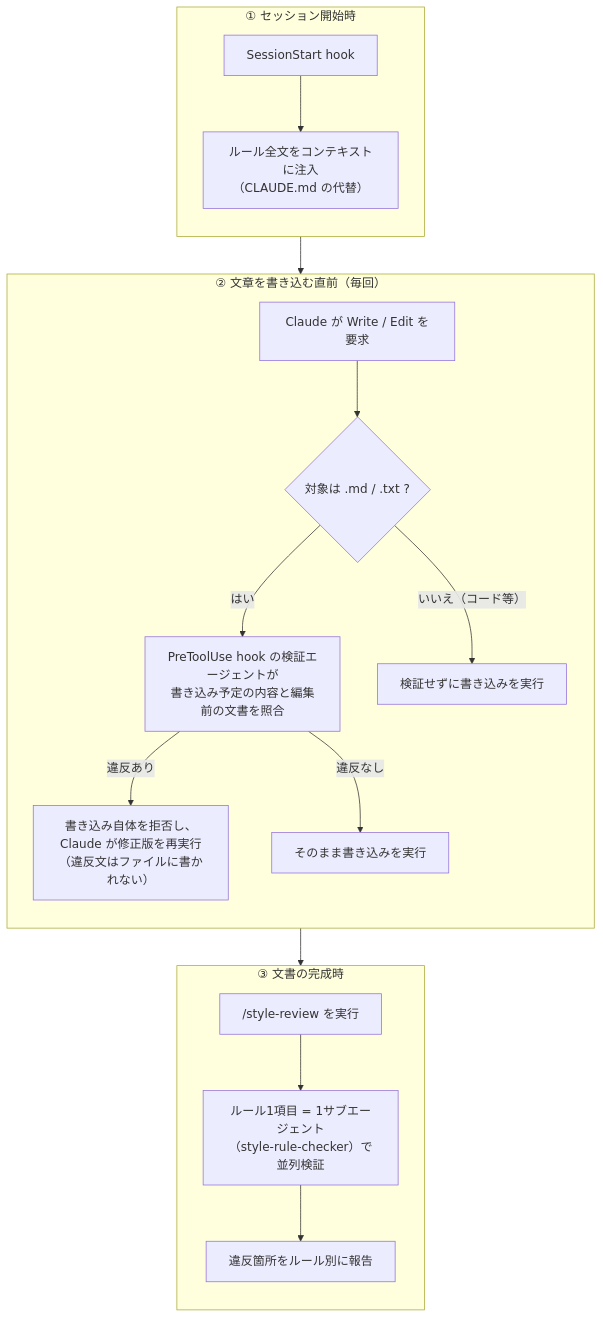
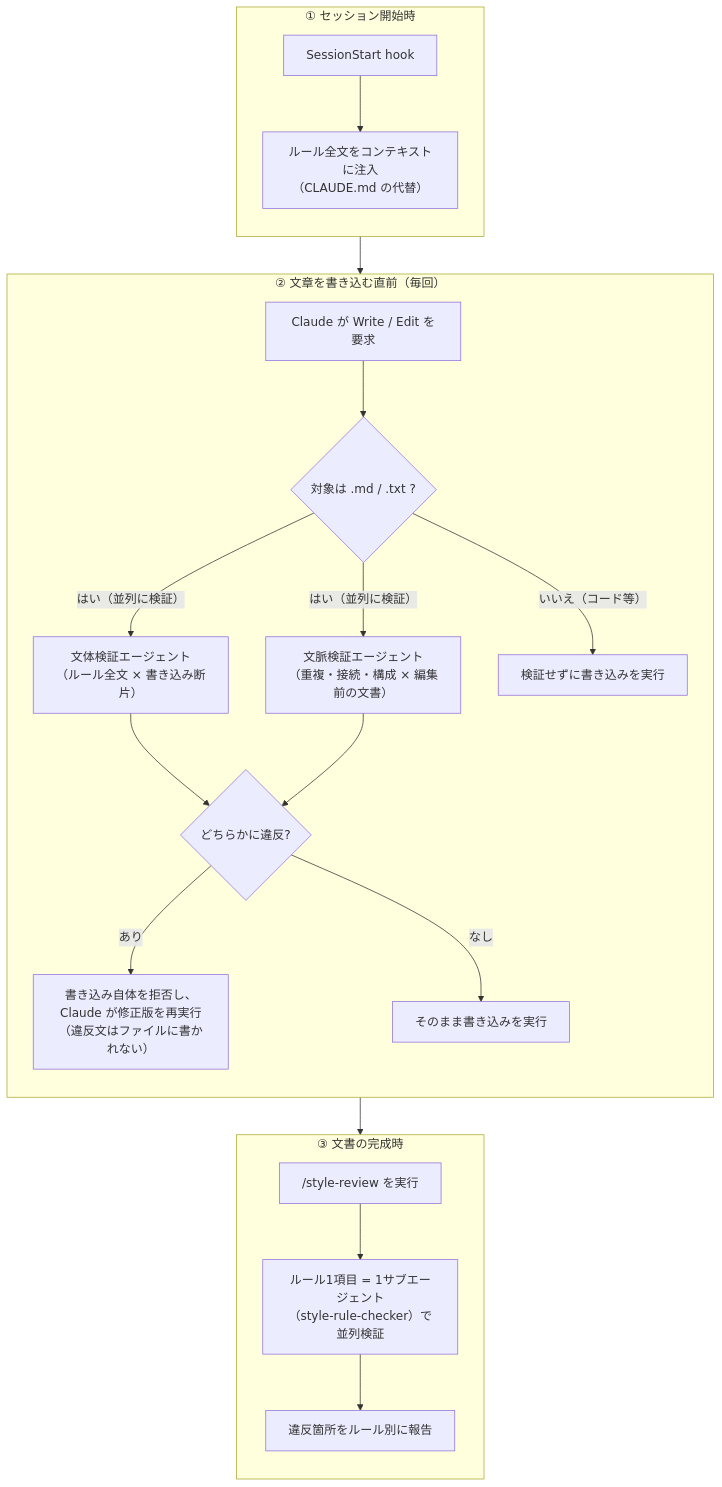
One commit to megmogmog1965/claude-code-writing-style changed the diagram in README.md. Above: the diagram before and after it, drawn with Mermaid. The commit also changed other lines of this file, not shown here.

````diff
--- a/README.md
+++ b/README.md
@@ -7,21 +7,24 @@
 ```mermaid
 flowchart TB
     subgraph s1["① セッション開始時"]
         direction TB
         A["SessionStart hook"] --> B["ルール全文をコンテキストに注入<br/>（CLAUDE.md の代替）"]
     end
     subgraph s2["② 文章を書き込む直前（毎回）"]
         direction TB
         C["Claude が Write / Edit を要求"] --> D{"対象は .md / .txt ?"}
-        D -- "はい" --> E["PreToolUse hook の検証エージェントが<br/>書き込み予定の内容と編集前の文書を照合"]
-        E -- "違反あり" --> F["書き込み自体を拒否し、<br/>Claude が修正版を再実行<br/>（違反文はファイルに書かれない）"]
-        E -- "違反なし" --> G2["そのまま書き込みを実行"]
+        D -- "はい（並列に検証）" --> E1["文体検証エージェント<br/>（ルール全文 × 書き込み断片）"]
+        D -- "はい（並列に検証）" --> E2["文脈検証エージェント<br/>（重複・接続・構成 × 編集前の文書）"]
+        E1 --> V{"どちらかに違反?"}
+        E2 --> V
+        V -- "あり" --> F["書き込み自体を拒否し、<br/>Claude が修正版を再実行<br/>（違反文はファイルに書かれない）"]
+        V -- "なし" --> G2["そのまま書き込みを実行"]
         D -- "いいえ（コード等）" --> G["検証せずに書き込みを実行"]
     end
     subgraph s3["③ 文書の完成時"]
         direction TB
         H["/style-review を実行"] --> I["ルール1項目 = 1サブエージェント<br/>（style-rule-checker）で並列検証"]
         I --> J["違反箇所をルール別に報告"]
     end
     s1 --> s2 --> s3
 ```
````
